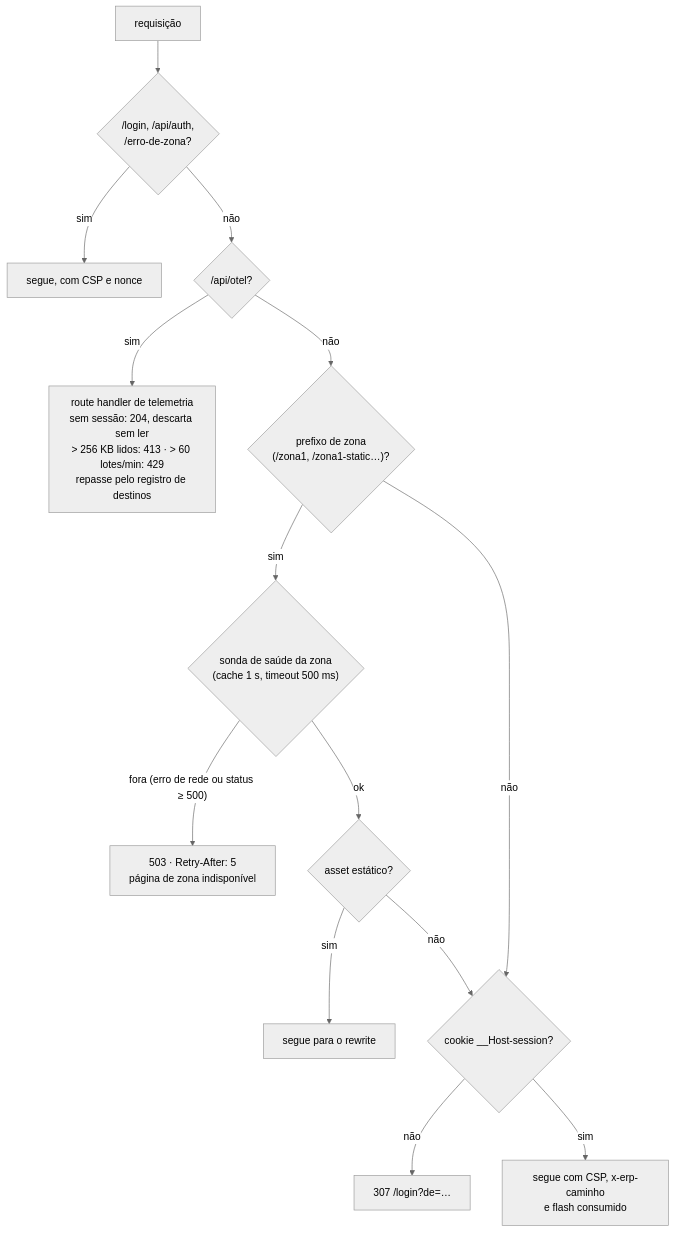
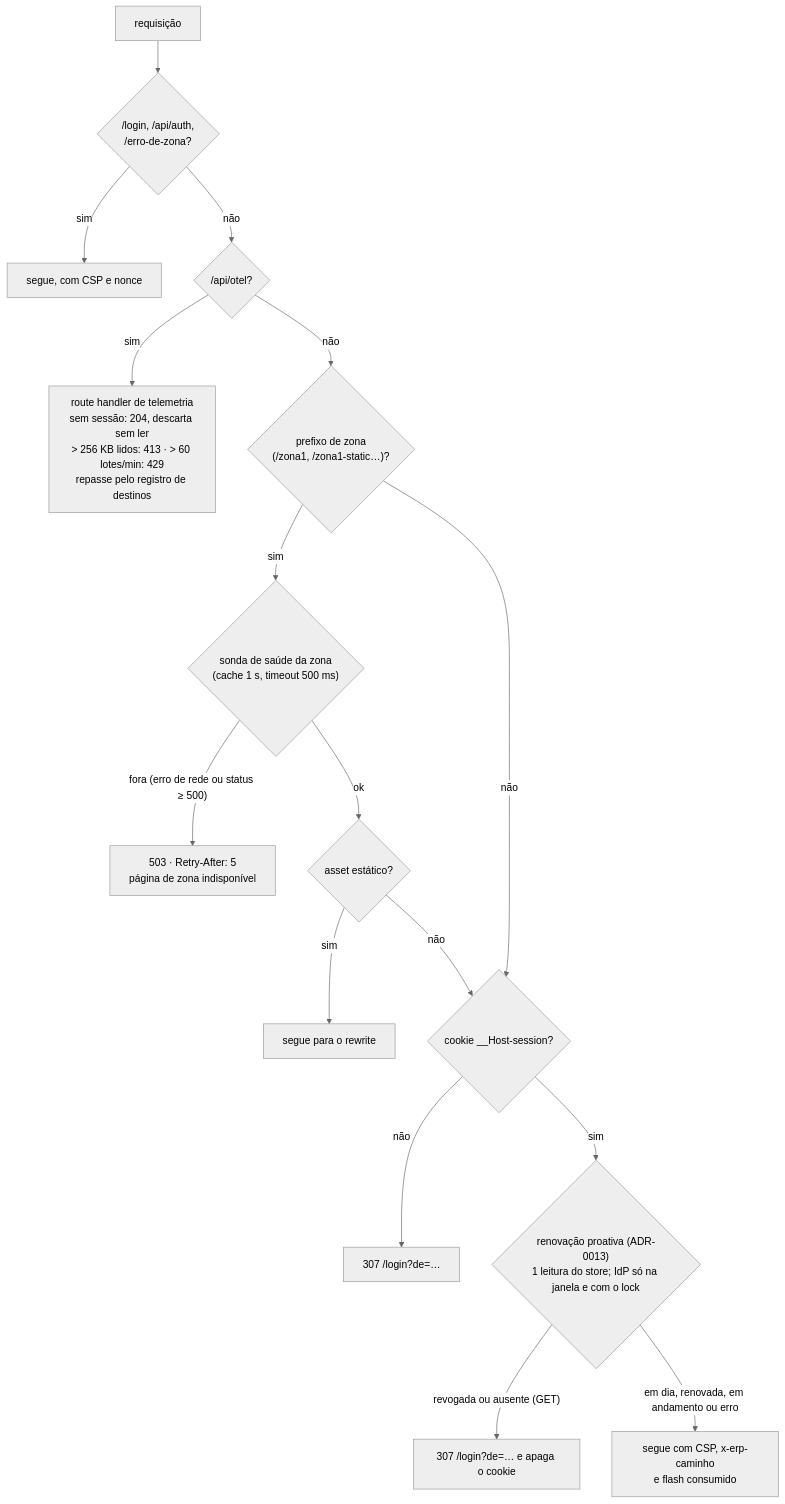
Before and after one commit to ArtroxGabriel/nextjs-mfe: the second of 5 diagrams in docs/arquitetura/atual.md, drawn with Mermaid (neutral theme). The commit also changed other lines of this file and 15 other files, not shown here.

````diff
--- a/docs/arquitetura/atual.md
+++ b/docs/arquitetura/atual.md
@@ -56,16 +56,18 @@
 ```mermaid
 flowchart TD
     R["requisição"] --> P{"/login, /api/auth,<br/>/erro-de-zona?"}
     P -- sim --> PUB["segue, com CSP e nonce"]
     P -- não --> T{"/api/otel?"}
     T -- sim --> TEL["route handler de telemetria<br/>sem sessão: 204, descarta sem ler<br/>> 256 KB lidos: 413 · > 60 lotes/min: 429<br/>repasse pelo registro de destinos"]
     T -- não --> Z{"prefixo de zona<br/>(/zona1, /zona1-static…)?"}
     Z -- sim --> S{"sonda de saúde da zona<br/>(cache 1 s, timeout 500 ms)"}
     S -- "fora (erro de rede ou status ≥ 500)" --> E503["503 · Retry-After: 5<br/>página de zona indisponível"]
     S -- ok --> ST{"asset estático?"}
     ST -- sim --> REW["segue para o rewrite"]
     ST -- não --> C{"cookie __Host-session?"}
     Z -- não --> C
     C -- não --> L["307 /login?de=…"]
-    C -- sim --> OK["segue com CSP, x-erp-caminho<br/>e flash consumido"]
+    C -- sim --> RN{"renovação proativa (ADR-0013)<br/>1 leitura do store; IdP só na janela e com o lock"}
+    RN -- "revogada ou ausente (GET)" --> L2["307 /login?de=… e apaga o cookie"]
+    RN -- "em dia, renovada, em andamento ou erro" --> OK["segue com CSP, x-erp-caminho<br/>e flash consumido"]
 ```
````
